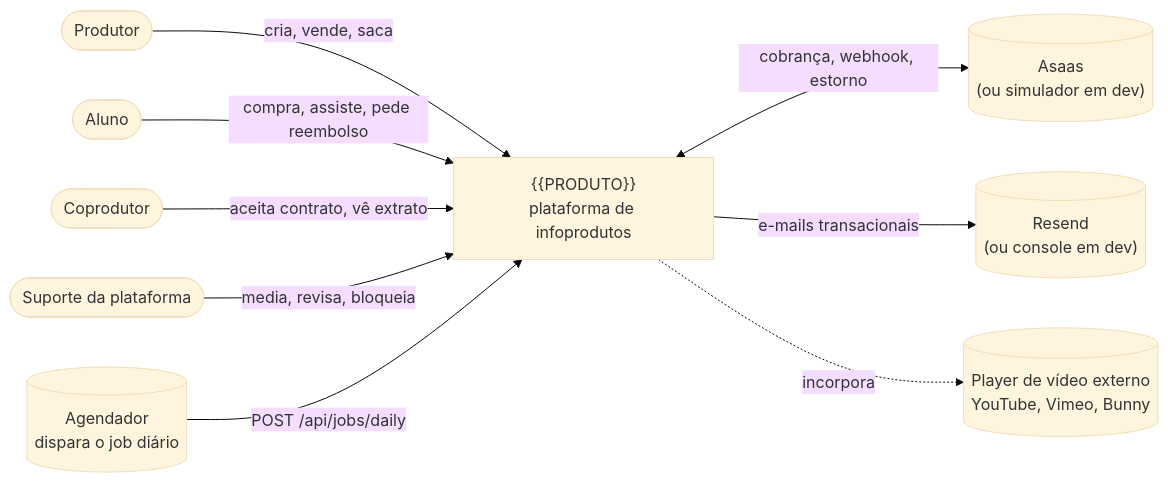
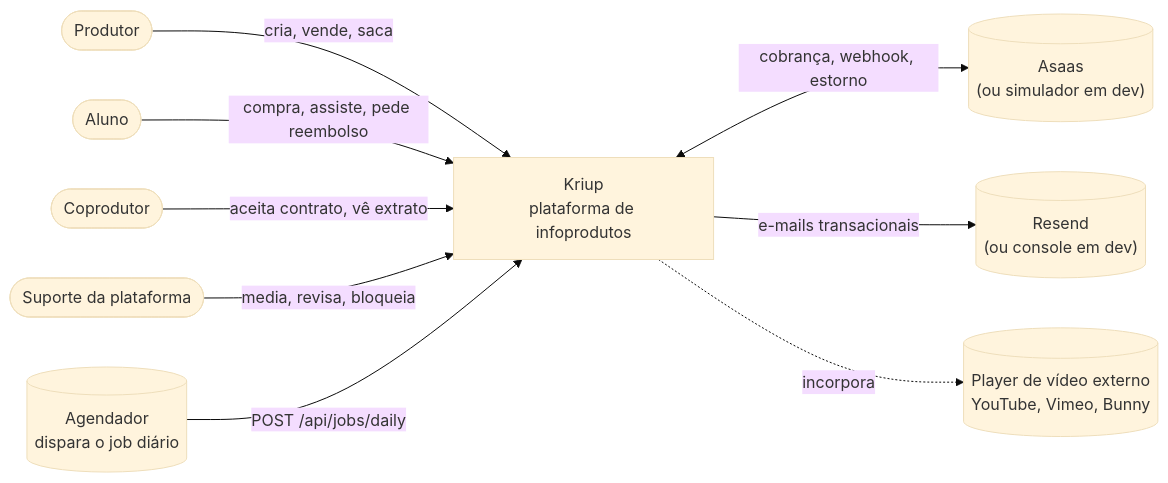
The first of 18 diagrams in docs/faculdade/02-engenharia-e-modelagem.md (kitsuneislife/kriup), drawn with Mermaid (base theme) before and after one commit. The commit also changed other lines of this file and 46 other files, not shown here.

````diff
--- a/docs/faculdade/02-engenharia-e-modelagem.md
+++ b/docs/faculdade/02-engenharia-e-modelagem.md
@@ -180,23 +180,23 @@
 ```mermaid
 flowchart LR
     Prod([Produtor])
     Alu([Aluno])
     Cop([Coprodutor])
     Sup([Suporte da plataforma])
 
-    Sis["{{PRODUTO}}<br/>plataforma de infoprodutos"]
+    Sis["Kriup<br/>plataforma de infoprodutos"]
 
     Pag[("Asaas<br/>(ou simulador em dev)")]
     Mail[("Resend<br/>(ou console em dev)")]
     Vid[("Player de vídeo externo<br/>YouTube, Vimeo, Bunny")]
     Cron[("Agendador<br/>dispara o job diário")]
 
     Prod -->|cria, vende, saca| Sis
     Alu -->|compra, assiste, pede reembolso| Sis
     Cop -->|aceita contrato, vê extrato| Sis
     Sup -->|media, revisa, bloqueia| Sis
     Sis <-->|cobrança, webhook, estorno| Pag
     Sis -->|e-mails transacionais| Mail
     Sis -. incorpora .-> Vid
     Cron -->|POST /api/jobs/daily| Sis
 ```
````
